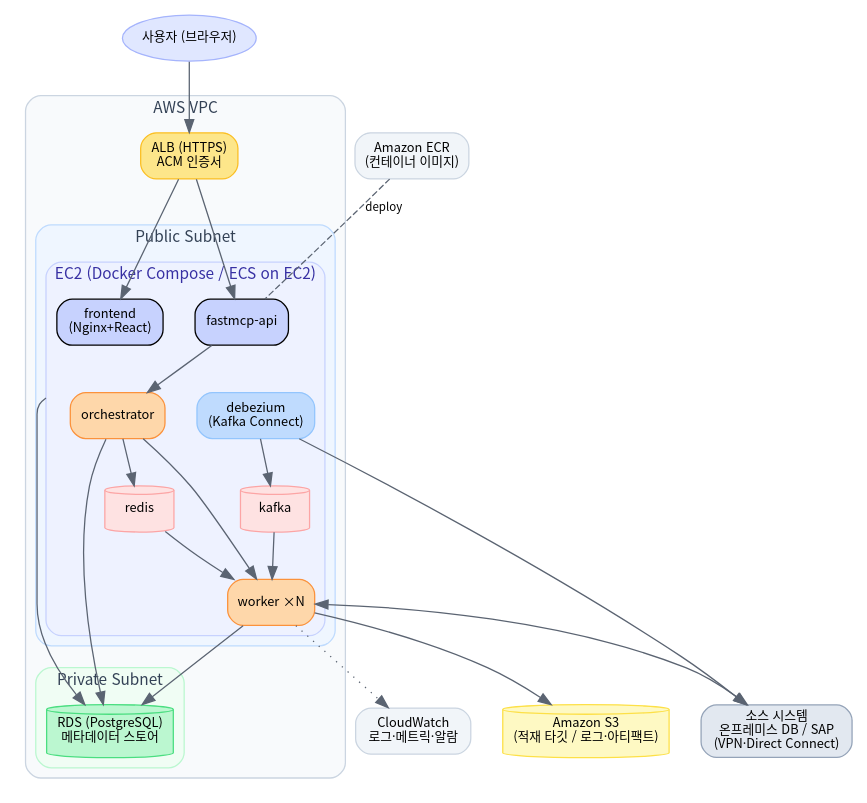
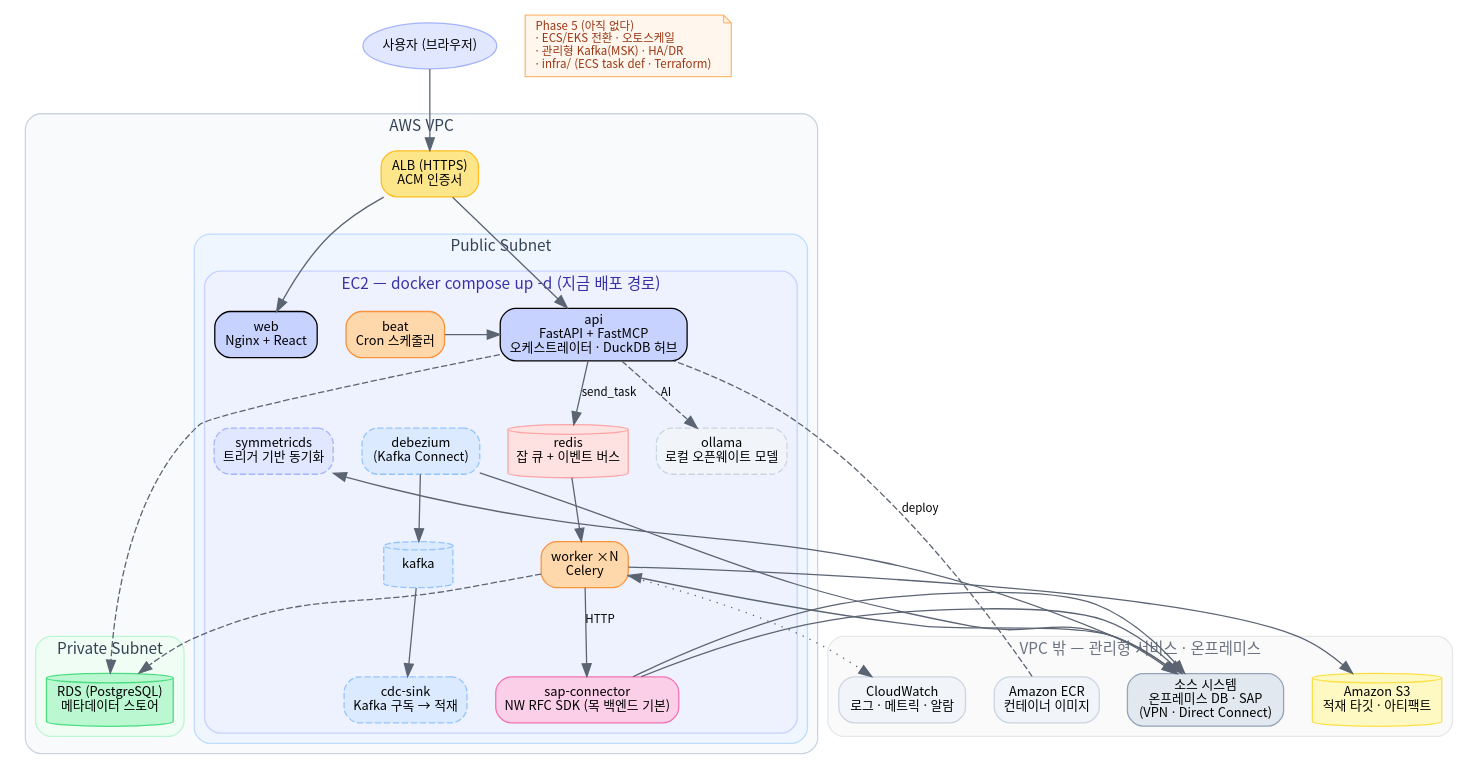
Before and after one commit to SurvivorsStudio/ditter: the diagram in docs/diagrams/d4_aws.dot, drawn with Graphviz. The commit also changed 8 other files, not shown here.

First line of the commit message:
docs: 다이어그램 넷을 실제 구조에 맞춘다

```diff
--- a/docs/diagrams/d4_aws.dot
+++ b/docs/diagrams/d4_aws.dot
@@ -1,47 +1,87 @@
+// AWS 배포 — **지금 있는 경로**와 **Phase 5 로 미뤄 둔 것**을 갈라 그린다.
+//
+// 지금 배포 경로는 루트 docker-compose.yml 하나다. `infra/`(ECS task def · Terraform)는
+// 저장소에 없다 — 예전 그림이 "ECS on EC2"를 적어 두어 있는 것처럼 읽혔다.
+//
+// 컨테이너 목록은 docker-compose.yml 을 따른다. 예전 그림은 `orchestrator` 를 별도
+// 컨테이너로 그렸는데 그런 컨테이너는 없다 — 오케스트레이터는 api 안이다
+// (services/run_service.py). 빠져 있던 beat · sap-connector · cdc-sink 도 넣는다.
+//
+// 프로필로 갈린 것(--profile cdc / ai)은 점선 테두리로 구분한다. 기본 기동에는 뜨지 않는다.
+//
+// 다시 그리기: docs/diagrams/README.md
+
 digraph G {
-  rankdir=TB; bgcolor="white";
-  node [fontname="Noto Sans CJK KR", fontsize=10, shape=box, style="rounded,filled"];
-  edge [fontname="Noto Sans CJK KR", fontsize=9, color="#5b6472"];
-  graph [fontname="Noto Sans CJK KR", fontsize=12, nodesep=0.35, ranksep=0.5, compound=true];
+  rankdir=TB; bgcolor="white"; compound=true; newrank=true;
+  node [fontname="Noto Sans CJK KR,Apple SD Gothic Neo", fontsize=10, shape=box, style="rounded,filled"];
+  edge [fontname="Noto Sans CJK KR,Apple SD Gothic Neo", fontsize=9, color="#5b6472"];
+  graph [fontname="Noto Sans CJK KR,Apple SD Gothic Neo", fontsize=12, nodesep=0.3, ranksep=0.55];
 
   user [label="사용자 (브라우저)", shape=ellipse, fillcolor="#e0e7ff", color="#a5b4fc"];
 
   subgraph cluster_vpc {
-    label="AWS VPC"; style="rounded,filled"; fillcolor="#f8fafc"; color="#cbd5e1"; fontcolor="#334155"; fontname="Noto Sans CJK KR";
+    label="AWS VPC"; style="rounded,filled"; fillcolor="#f8fafc"; color="#cbd5e1"; fontcolor="#334155"; fontname="Noto Sans CJK KR,Apple SD Gothic Neo";
 
     alb [label="ALB (HTTPS)\nACM 인증서", fillcolor="#fde68a", color="#fbbf24"];
 
     subgraph cluster_pub {
-      label="Public Subnet"; style="rounded,filled"; fillcolor="#eff6ff"; color="#bfdbfe"; fontname="Noto Sans CJK KR";
+      label="Public Subnet"; style="rounded,filled"; fillcolor="#eff6ff"; color="#bfdbfe"; fontname="Noto Sans CJK KR,Apple SD Gothic Neo";
 
       subgraph cluster_ec2 {
-        label="EC2 (Docker Compose / ECS on EC2)"; style="rounded,filled"; fillcolor="#eef2ff"; color="#c7d2fe"; fontcolor="#3730a3"; fontname="Noto Sans CJK KR";
-        c_fe [label="frontend\n(Nginx+React)", fillcolor="#c7d2fe"];
-        c_api [label="fastmcp-api", fillcolor="#c7d2fe"];
-        c_orch [label="orchestrator", fillcolor="#fed7aa", color="#fb923c"];
-        c_wk [label="worker ×N", fillcolor="#fed7aa", color="#fb923c"];
-        c_dbz [label="debezium\n(Kafka Connect)", fillcolor="#bfdbfe", color="#93c5fd"];
-        c_redis [label="redis", shape=cylinder, fillcolor="#fee2e2", color="#fca5a5"];
-        c_kafka [label="kafka", shape=cylinder, fillcolor="#fee2e2", color="#fca5a5"];
+        label="EC2 — docker compose up -d (지금 배포 경로)"; style="rounded,filled"; fillcolor="#eef2ff"; color="#c7d2fe"; fontcolor="#3730a3"; fontname="Noto Sans CJK KR,Apple SD Gothic Neo";
+        c_web  [label="web\nNginx + React", fillcolor="#c7d2fe"];
+        c_api  [label="api\nFastAPI + FastMCP\n오케스트레이터 · DuckDB 허브", fillcolor="#c7d2fe"];
+        c_beat [label="beat\nCron 스케줄러", fillcolor="#fed7aa", color="#fb923c"];
+        c_wk   [label="worker ×N\nCelery", fillcolor="#fed7aa", color="#fb923c"];
+        c_sap  [label="sap-connector\nNW RFC SDK (목 백엔드 기본)", fillcolor="#fbcfe8", color="#f472b6"];
+        c_redis[label="redis\n잡 큐 + 이벤트 버스", shape=cylinder, fillcolor="#fee2e2", color="#fca5a5"];
+
+        c_dbz  [label="debezium\n(Kafka Connect)", fillcolor="#dbeafe", color="#93c5fd", style="rounded,filled,dashed"];
+        c_kafka[label="kafka", shape=cylinder, fillcolor="#dbeafe", color="#93c5fd", style="filled,dashed"];
+        c_sink [label="cdc-sink\nKafka 구독 → 적재", fillcolor="#dbeafe", color="#93c5fd", style="rounded,filled,dashed"];
+        c_sym  [label="symmetricds\n트리거 기반 동기화", fillcolor="#e0e7ff", color="#a5b4fc", style="rounded,filled,dashed"];
+        c_ol   [label="ollama\n로컬 오픈웨이트 모델", fillcolor="#f1f5f9", color="#cbd5e1", style="rounded,filled,dashed"];
       }
     }
 
     subgraph cluster_priv {
-      label="Private Subnet"; style="rounded,filled"; fillcolor="#f0fdf4"; color="#bbf7d0"; fontname="Noto Sans CJK KR";
+      label="Private Subnet"; style="rounded,filled"; fillcolor="#f0fdf4"; color="#bbf7d0"; fontname="Noto Sans CJK KR,Apple SD Gothic Neo";
       rds [label="RDS (PostgreSQL)\n메타데이터 스토어", shape=cylinder, fillcolor="#bbf7d0", color="#4ade80"];
     }
   }
 
-  s3 [label="Amazon S3\n(적재 타깃 / 로그·아티팩트)", shape=cylinder, fillcolor="#fef9c3", color="#fde047"];
-   src [label="소스 시스템\n온프레미스 DB / SAP\n(VPN·Direct Connect)", fillcolor="#e2e8f0", color="#94a3b8"];
-  ecr [label="Amazon ECR\n(컨테이너 이미지)", fillcolor="#f1f5f9", color="#cbd5e1"];
-  cw [label="CloudWatch\n로그·메트릭·알람", fillcolor="#f1f5f9", color="#cbd5e1"];
+  subgraph cluster_ext {
+    label="VPC 밖 — 관리형 서비스 · 온프레미스"; style="rounded,filled"; fillcolor="#fafafa"; color="#e5e7eb"; fontcolor="#6b7280"; fontname="Noto Sans CJK KR,Apple SD Gothic Neo";
+    s3  [label="Amazon S3\n적재 타깃 · 아티팩트", shape=cylinder, fillcolor="#fef9c3", color="#fde047"];
+    src [label="소스 시스템\n온프레미스 DB · SAP\n(VPN · Direct Connect)", fillcolor="#e2e8f0", color="#94a3b8"];
+    ecr [label="Amazon ECR\n컨테이너 이미지", fillcolor="#f1f5f9", color="#cbd5e1"];
+    cw  [label="CloudWatch\n로그 · 메트릭 · 알람", fillcolor="#f1f5f9", color="#cbd5e1"];
+    { rank=same; s3; src; ecr; cw; }
+  }
 
-  user -> alb -> c_fe; alb -> c_api;
-  c_api -> c_orch -> c_redis; c_orch -> c_wk; c_redis -> c_wk;
-  c_dbz -> c_kafka -> c_wk;
-  c_api -> rds [ltail=cluster_ec2]; c_orch -> rds; c_wk -> rds;
-  c_wk -> s3; c_wk -> src [dir=both]; c_dbz -> src;
-  ecr -> c_api [style=dashed, arrowhead=none, label="deploy"];
-  c_wk -> cw [style=dotted];
+  phase5 [shape=note, style=filled, fillcolor="#fff7ed", color="#fdba74", fontcolor="#9a3412", fontsize=9,
+          label="Phase 5 (아직 없다)\l · ECS/EKS 전환 · 오토스케일\l · 관리형 Kafka(MSK) · HA/DR\l · infra/ (ECS task def · Terraform)\l"];
+
+  // 행을 못박아 높이를 묶는다. 안 그러면 의존 사슬 길이만큼 세로로 늘어난다.
+  { rank=same; c_web; c_api; c_beat; }
+  { rank=same; c_redis; c_dbz; c_sym; c_ol; }
+  { rank=same; c_wk; c_kafka; }
+  { rank=same; c_sap; c_sink; }
+
+  user -> alb;
+  alb -> c_web; alb -> c_api;
+  c_api -> c_redis [label="send_task"];
+  c_beat -> c_api;
+  c_redis -> c_wk;
+  c_wk -> c_sap [label="HTTP"];
+  c_dbz -> c_kafka -> c_sink;
+  c_api -> c_ol [style=dashed, label="AI"];
+
+  c_api -> rds [style=dashed]; c_wk -> rds [style=dashed];
+  c_wk -> s3;
+  c_wk -> src [dir=both, constraint=false]; c_sap -> src [constraint=false];
+  c_dbz -> src [constraint=false]; c_sym -> src [dir=both, constraint=false];
+
+  ecr -> c_api [style=dashed, arrowhead=none, label="deploy", constraint=false];
+  c_wk -> cw [style=dotted, constraint=false];
 }
```
